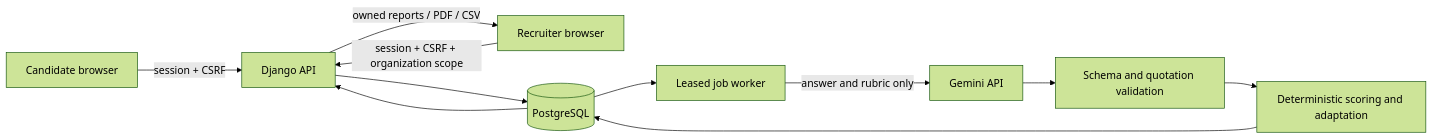
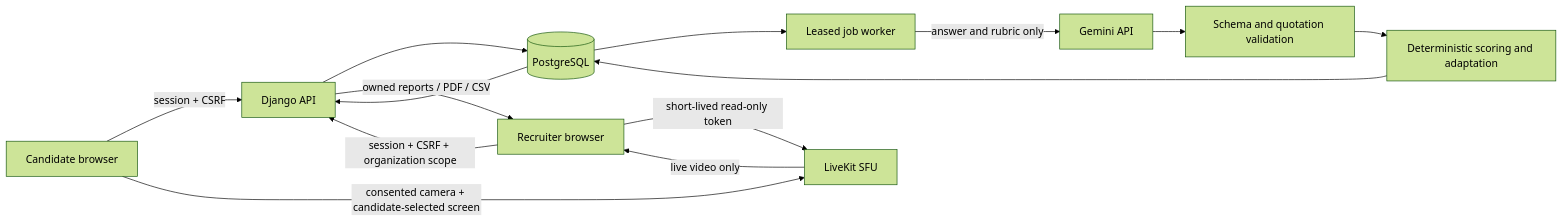
One commit to vrushabshende2-gif/HIRELENS changed the diagram in docs/ARCHITECTURE.md. Above: the diagram before and after it, drawn with Mermaid (forest theme). The commit also changed other lines of this file and 25 other files, not shown here.

````diff
--- a/docs/ARCHITECTURE.md
+++ b/docs/ARCHITECTURE.md
@@ -5,13 +5,16 @@
 ```mermaid
 flowchart LR
   C[Candidate browser] -->|session + CSRF| API[Django API]
   R[Recruiter browser] -->|session + CSRF + organization scope| API
   API --> DB[(PostgreSQL)]
   DB --> W[Leased job worker]
   W -->|answer and rubric only| G[Gemini API]
   G --> V[Schema and quotation validation]
   V --> S[Deterministic scoring and adaptation]
   S --> DB
   DB --> API
   API -->|owned reports / PDF / CSV| R
+  C -->|consented camera + candidate-selected screen| SFU[LiveKit SFU]
+  R -->|short-lived read-only token| SFU
+  SFU -->|live video only| R
 ```
````
